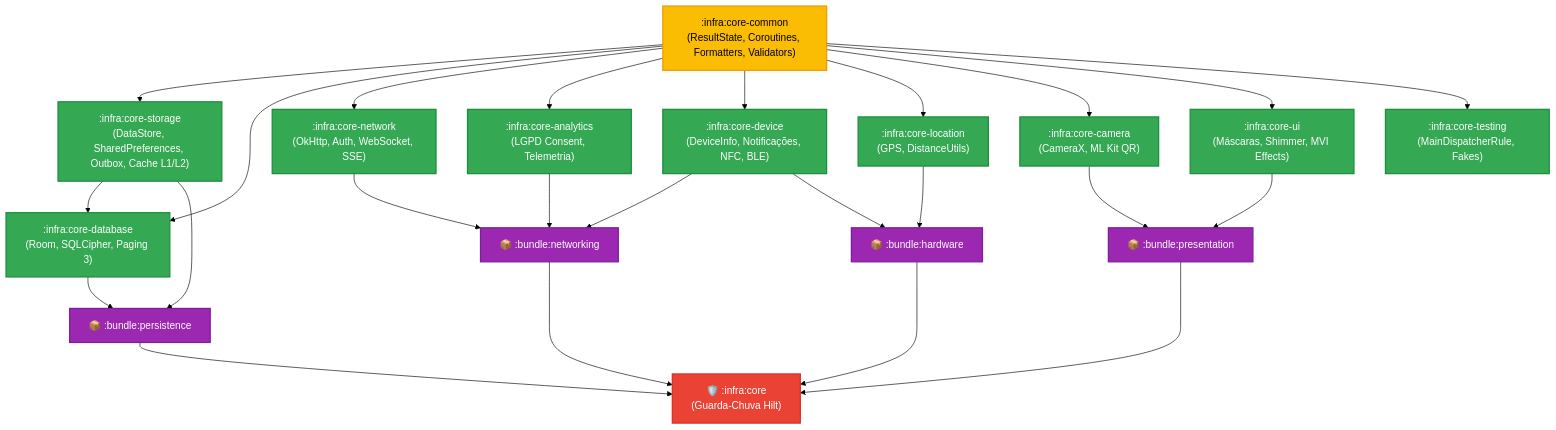
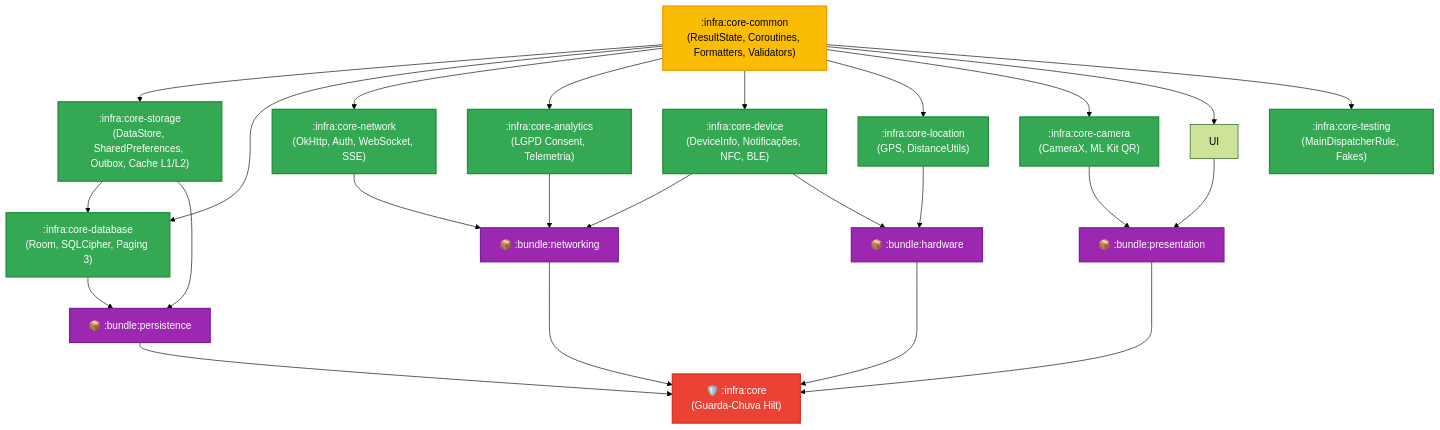
Before and after one commit to Gabriel-do-Carmo-97/CoreAndroidNative: the diagram in ARCHITECTURE.md, drawn with Mermaid (forest theme). The commit also changed other lines of this file and 35 other files, not shown here.

Commit message:
refactor(architecture): remove core-ui module, transfer FrameMetricsMonitor to core-analytics, decouple core from compose

````diff
--- a/ARCHITECTURE.md
+++ b/ARCHITECTURE.md
@@ -25,55 +25,54 @@
 ```mermaid
 graph TD
     classDef common fill:#FBBC04,stroke:#F29900,stroke-width:2px,color:#000;
     classDef infra fill:#34A853,stroke:#1E8E3E,stroke-width:2px,color:#fff;
     classDef bundle fill:#9C27B0,stroke:#7B1FA2,stroke-width:2px,color:#fff;
     classDef umbrella fill:#EA4335,stroke:#D93025,stroke-width:2px,color:#fff;
 
     Common[":infra:core-common<br/>(ResultState, Coroutines, Formatters, Validators)"]:::common
 
     Storage[":infra:core-storage<br/>(DataStore, SharedPreferences, Outbox, Cache L1/L2)"]:::infra
     Database[":infra:core-database<br/>(Room, SQLCipher, Paging 3)"]:::infra
     Network[":infra:core-network<br/>(OkHttp, Auth, WebSocket, SSE)"]:::infra
     Analytics[":infra:core-analytics<br/>(LGPD Consent, Telemetria)"]:::infra
     Device[":infra:core-device<br/>(DeviceInfo, Notificações, NFC, BLE)"]:::infra
     Location[":infra:core-location<br/>(GPS, DistanceUtils)"]:::infra
     Camera[":infra:core-camera<br/>(CameraX, ML Kit QR)"]:::infra
-    UI[":infra:core-ui<br/>(Máscaras, Shimmer, MVI Effects)"]:::infra
     Testing[":infra:core-testing<br/>(MainDispatcherRule, Fakes)"]:::infra
 
     BundlePersist["📦 :bundle:persistence"]:::bundle
     BundleNet["📦 :bundle:networking"]:::bundle
     BundlePres["📦 :bundle:presentation"]:::bundle
     BundleHW["📦 :bundle:hardware"]:::bundle
 
     Umbrella["🛡️ :infra:core<br/>(Guarda-Chuva Hilt)"]:::umbrella
 
     Common --> Storage
     Common --> Database
     Common --> Network
     Common --> Analytics
     Common --> Device
     Common --> Location
     Common --> Camera
     Common --> UI
     Common --> Testing
 
     Storage --> Database
     Storage --> BundlePersist
     Database --> BundlePersist
 
     Network --> BundleNet
     Device --> BundleNet
     Analytics --> BundleNet
 
     UI --> BundlePres
     Camera --> BundlePres
 
     Device --> BundleHW
     Location --> BundleHW
 
     BundlePersist --> Umbrella
     BundleNet --> Umbrella
     BundlePres --> Umbrella
     BundleHW --> Umbrella
 ```
````
